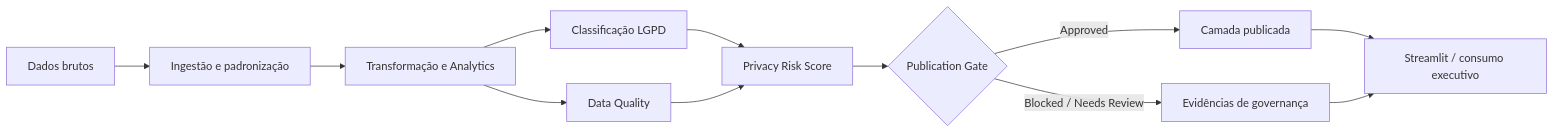
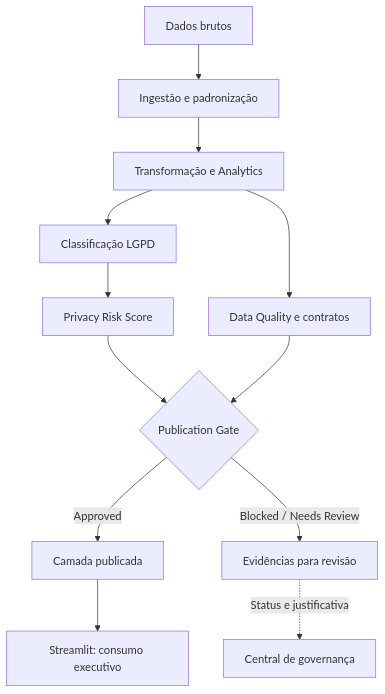
Before and after one commit to samuelmaia-analytics/Governed-Analytics-Platform: the diagram in README.md, drawn with Mermaid. The commit also changed other lines of this file and 2 other files, not shown here.

Commit message:
docs: melhora arquitetura, badges e resultados no README (#71)
Organiza o fluxo verticalmente, distingue dados publicados de evidências de revisão e esclarece o S3 como referência arquitetural. Substitui badges estáticos de CI e lint e apresenta resultados sem explicitar o Método CAR.

Validação: diagramas aceitos pelo parser Mermaid 11 e git diff --check.

````diff
--- a/README.md
+++ b/README.md
@@ -69,14 +65,14 @@
 ```mermaid
-flowchart LR
-    A[Dados brutos] --> B[Ingestão e padronização]
-    B --> C[Transformação e Analytics]
-    C --> D[Classificação LGPD]
-    C --> E[Data Quality]
-    D --> F[Privacy Risk Score]
-    E --> F
-    F --> G{Publication Gate}
-    G -->|Approved| H[Camada publicada]
-    G -->|Blocked / Needs Review| I[Evidências de governança]
-    H --> J[Streamlit / consumo executivo]
-    I --> J
+flowchart TD
+    raw["Dados brutos"] --> ingest["Ingestão e padronização"]
+    ingest --> analytics["Transformação e Analytics"]
+    analytics --> privacy["Classificação LGPD"]
+    analytics --> quality["Data Quality e contratos"]
+    privacy --> risk["Privacy Risk Score"]
+    risk --> gate{"Publication Gate"}
+    quality --> gate
+    gate -->|Approved| published["Camada publicada"]
+    gate -->|Blocked / Needs Review| evidence["Evidências para revisão"]
+    published --> app["Streamlit: consumo executivo"]
+    evidence -.->|Status e justificativa| control["Central de governança"]
 ```
````
